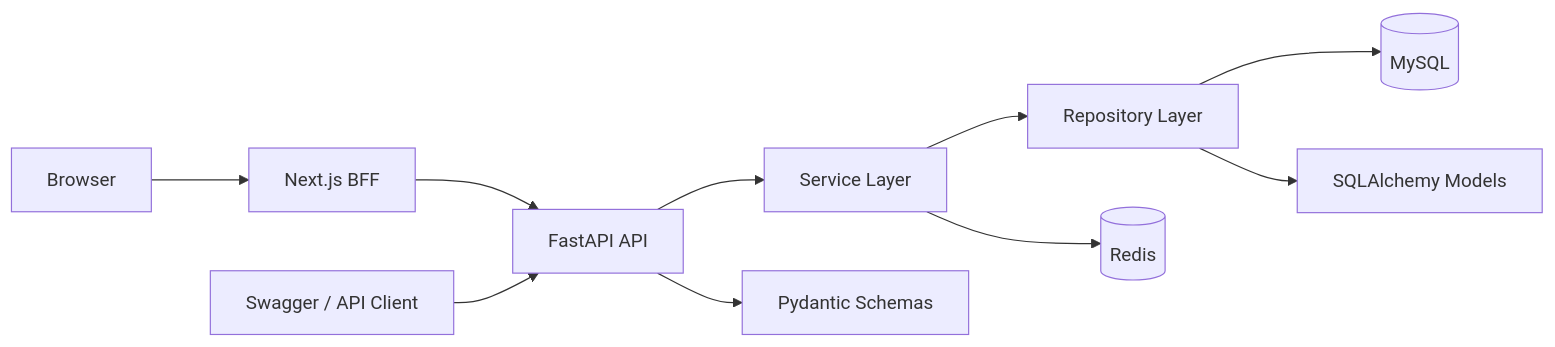
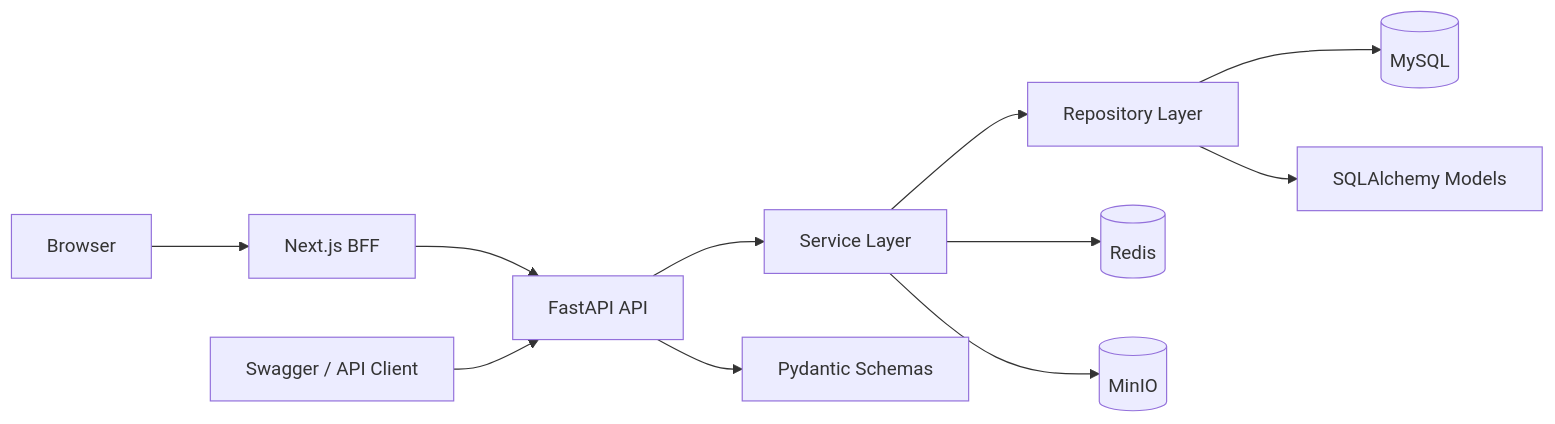
The diagram in README.md (LeoHongyi/leo-agent-platform), drawn with Mermaid before and after one commit. The commit also changed other lines of this file and 56 other files, not shown here.

````diff
--- a/README.md
+++ b/README.md
@@ -68,12 +72,13 @@
 ```mermaid
 flowchart LR
     Browser[Browser] --> BFF[Next.js BFF]
     BFF --> API[FastAPI API]
     Swagger[Swagger / API Client] --> API
     API --> Service[Service Layer]
     Service --> Repository[Repository Layer]
     Repository --> MySQL[(MySQL)]
     Service --> Redis[(Redis)]
+    Service --> MinIO[(MinIO)]
     API --> Schema[Pydantic Schemas]
     Repository --> Model[SQLAlchemy Models]
 ```
````
